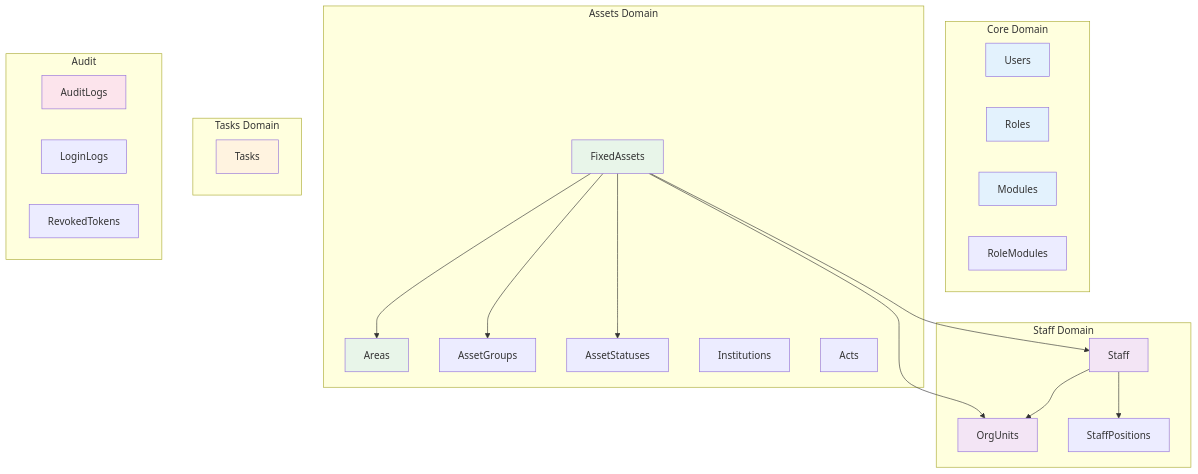
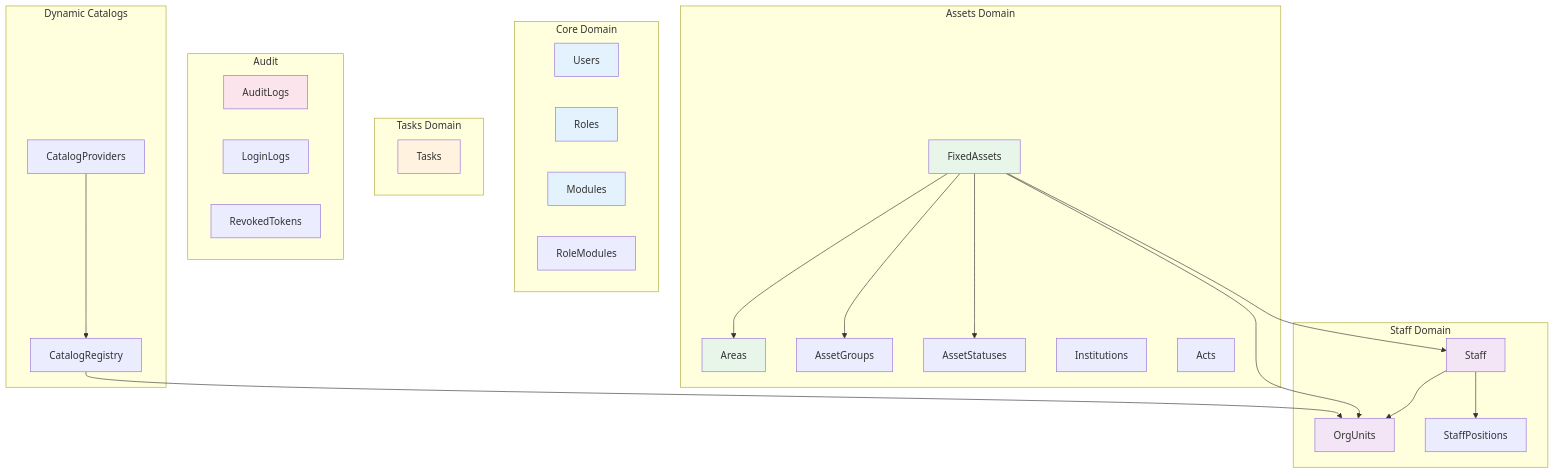
One commit to henrytaby/uyuni-backend-py changed diagram 12 of 27 in docs/auditoria/auditoria-enterprise-2026-04-14.md. Above: the diagram before and after it, drawn with Mermaid. The commit also changed other lines of this file and 17 other files, not shown here.

Commit message:
docs: update architecture documentation to include dynamic modular catalogs and refine repository and RBAC guidelines

````diff
--- a/docs/auditoria/auditoria-enterprise-2026-04-14.md
+++ b/docs/auditoria/auditoria-enterprise-2026-04-14.md
@@ -570,52 +572,59 @@
 ```mermaid
 graph TB
     subgraph "Core Domain"
         U[Users]
         R[Roles]
         M[Modules]
         RM[RoleModules]
     end
     
     subgraph "Staff Domain"
         S[Staff]
         OU[OrgUnits]
         SP[StaffPositions]
     end
     
     subgraph "Assets Domain"
         FA[FixedAssets]
         AR[Areas]
         AG[AssetGroups]
         AS[AssetStatuses]
         IN[Institutions]
         AC[Acts]
     end
     
     subgraph "Tasks Domain"
         T[Tasks]
     end
     
     subgraph "Audit"
         AL[AuditLogs]
         LL[LoginLogs]
         RT[RevokedTokens]
     end
     
+    subgraph "Dynamic Catalogs"
+        CAT[CatalogRegistry]
+        PROV[CatalogProviders]
+    end
+    
     S --> OU
     S --> SP
     FA --> AR
     FA --> AG
     FA --> AS
     FA --> OU
     FA --> S
+    CAT --> OU
+    PROV --> CAT
     
     style U fill:#e3f2fd
     style R fill:#e3f2fd
     style M fill:#e3f2fd
     style S fill:#f3e5f5
     style OU fill:#f3e5f5
     style FA fill:#e8f5e9
     style AR fill:#e8f5e9
     style T fill:#fff3e0
     style AL fill:#fce4ec
 ```
````
